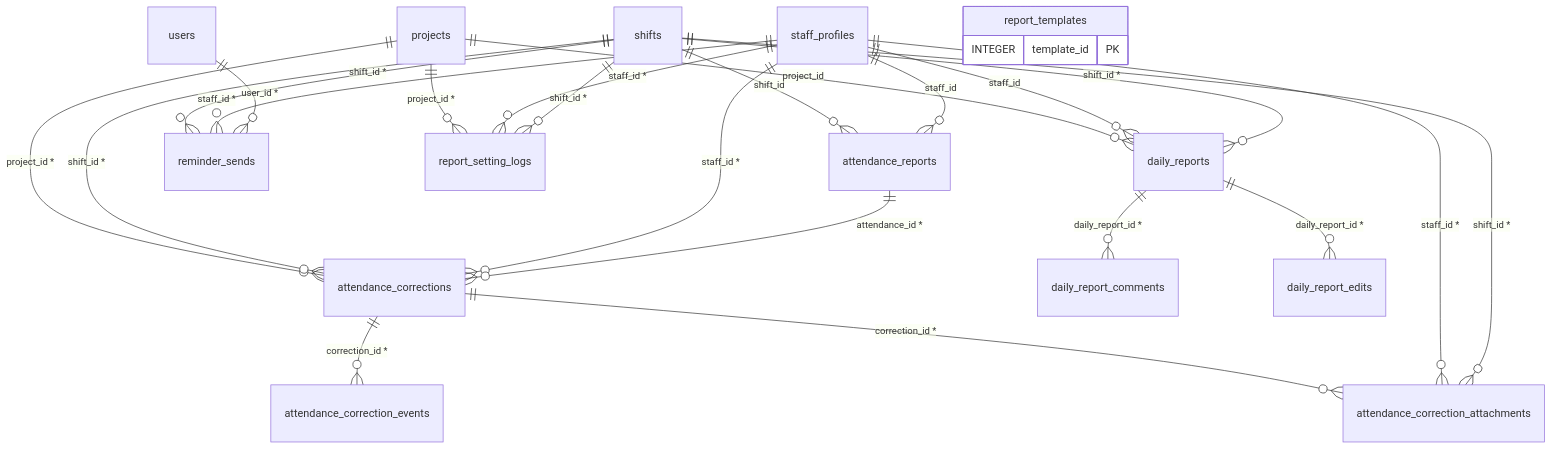
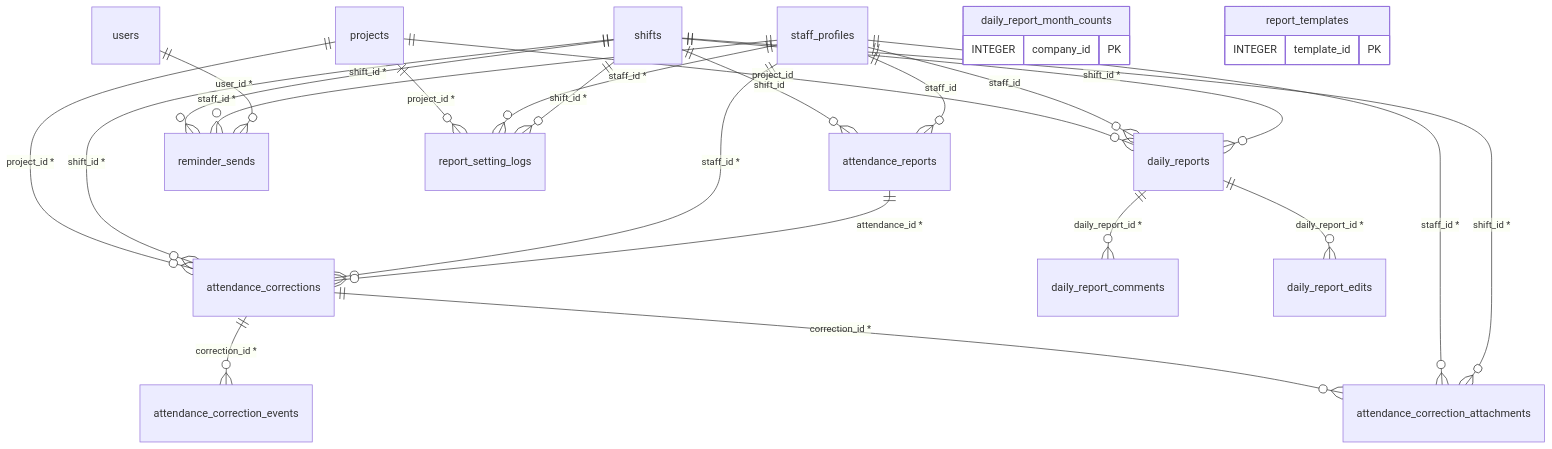
One commit to daichi763/MBsaas changed the fifth of 11 diagrams in docs/db.md. Above: the diagram before and after it, drawn with Mermaid. The commit also changed other lines of this file and 12 other files, not shown here.

````diff
--- a/docs/db.md
+++ b/docs/db.md
@@ -293,27 +293,30 @@
 ```mermaid
 erDiagram
   attendance_corrections ||--o{ attendance_correction_attachments : "correction_id *"
   staff_profiles ||--o{ attendance_correction_attachments : "staff_id *"
   shifts ||--o{ attendance_correction_attachments : "shift_id *"
   attendance_corrections ||--o{ attendance_correction_events : "correction_id *"
   projects ||--o{ attendance_corrections : "project_id *"
   shifts ||--o{ attendance_corrections : "shift_id *"
   staff_profiles ||--o{ attendance_corrections : "staff_id *"
   attendance_reports ||--o{ attendance_corrections : "attendance_id *"
   shifts ||--o{ attendance_reports : "shift_id"
   staff_profiles ||--o{ attendance_reports : "staff_id"
   daily_reports ||--o{ daily_report_comments : "daily_report_id *"
   daily_reports ||--o{ daily_report_edits : "daily_report_id *"
   projects ||--o{ daily_reports : "project_id"
   staff_profiles ||--o{ daily_reports : "staff_id"
   shifts ||--o{ daily_reports : "shift_id *"
   shifts ||--o{ reminder_sends : "shift_id *"
   staff_profiles ||--o{ reminder_sends : "staff_id *"
   users ||--o{ reminder_sends : "user_id *"
   projects ||--o{ report_setting_logs : "project_id *"
   staff_profiles ||--o{ report_setting_logs : "staff_id *"
   shifts ||--o{ report_setting_logs : "shift_id *"
+  daily_report_month_counts {
+    INTEGER company_id PK
+  }
   report_templates {
     INTEGER template_id PK
   }
 ```
````
